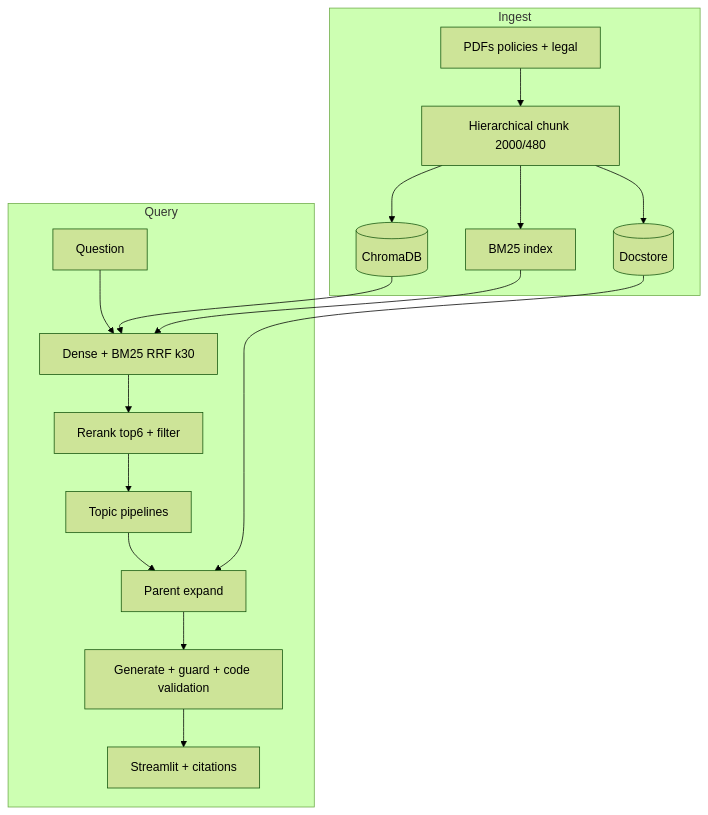
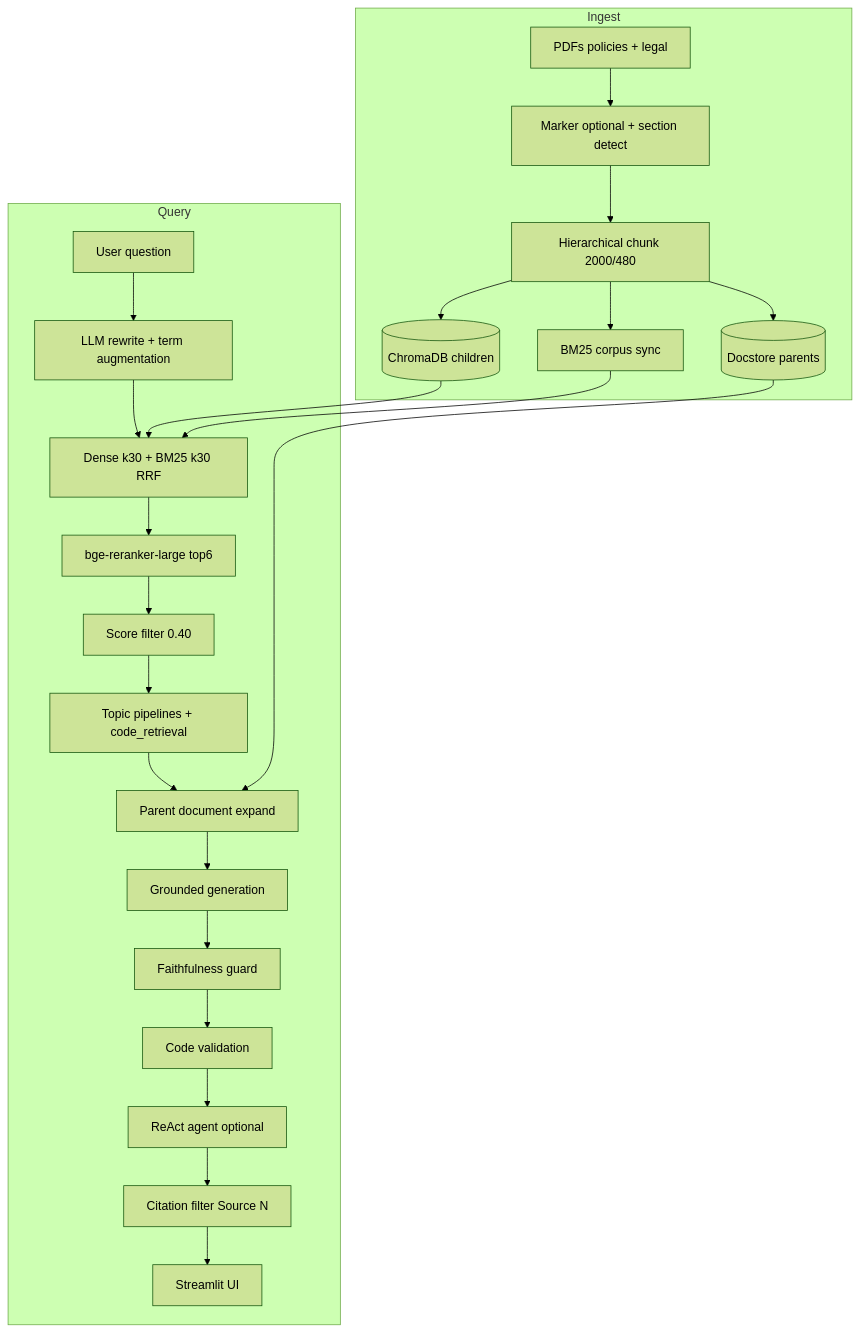
Before and after one commit to SoubhagyaJain/Rag-chatbot: the diagram in README.md, drawn with Mermaid (forest theme). The commit also changed other lines of this file, not shown here.

````diff
--- a/README.md
+++ b/README.md
@@ -51,22 +309,29 @@
 ```mermaid
 flowchart TB
     subgraph Ingest
-        PDF[PDFs policies + legal] --> HChunk[Hierarchical chunk 2000/480]
-        HChunk --> Chroma[(ChromaDB)]
-        HChunk --> Docstore[(Docstore)]
-        HChunk --> BM25[BM25 index]
+        PDF[PDFs policies + legal] --> Parse[Marker optional + section detect]
+        Parse --> HChunk[Hierarchical chunk 2000/480]
+        HChunk --> Chroma[(ChromaDB children)]
+        HChunk --> Docstore[(Docstore parents)]
+        HChunk --> BM25Build[BM25 corpus sync]
     end
 
     subgraph Query
-        Q[Question] --> Hybrid[Dense + BM25 RRF k30]
-        Hybrid --> Rerank[Rerank top6 + filter]
-        Rerank --> Topics[Topic pipelines]
-        Topics --> Parent[Parent expand]
-        Parent --> Gen[Generate + guard + code validation]
-        Gen --> UI[Streamlit + citations]
+        Q[User question] --> Rewrite[LLM rewrite + term augmentation]
+        Rewrite --> Hybrid[Dense k30 + BM25 k30 RRF]
+        Hybrid --> Rerank[bge-reranker-large top6]
+        Rerank --> Filter[Score filter 0.40]
+        Filter --> Topics[Topic pipelines + code_retrieval]
+        Topics --> Parent[Parent document expand]
+        Parent --> Gen[Grounded generation]
+        Gen --> Guard[Faithfulness guard]
+        Guard --> CodeVal[Code validation]
+        CodeVal --> Agent[ReAct agent optional]
+        Agent --> Cite[Citation filter Source N]
+        Cite --> UI[Streamlit UI]
     end
 
     Chroma --> Hybrid
-    BM25 --> Hybrid
+    BM25Build --> Hybrid
     Docstore --> Parent
 ```
````
